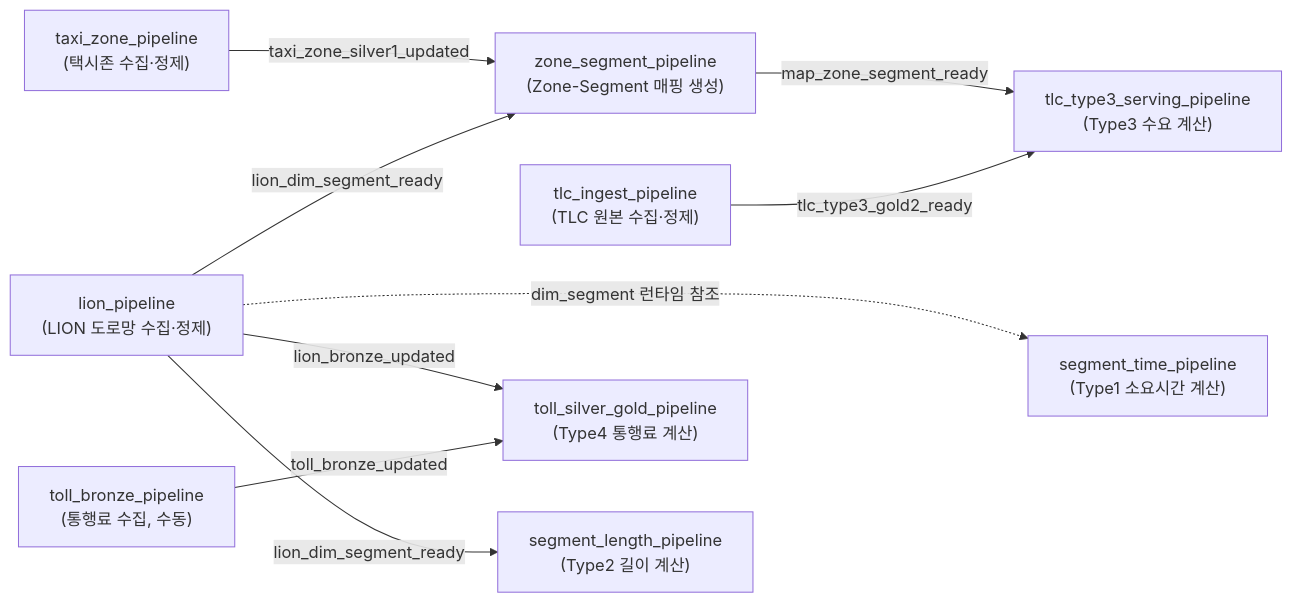
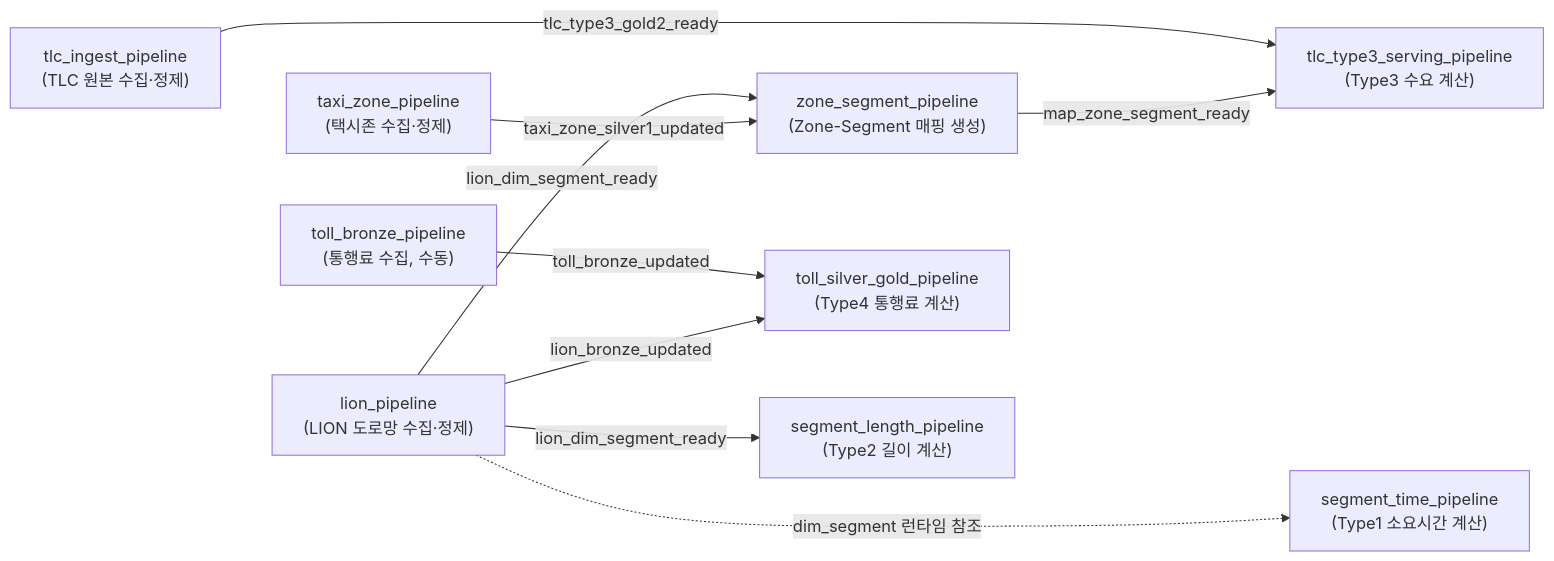
Before and after one commit to everyday6/api_project: the diagram in README.md, drawn with Mermaid.

Commit message:
docs: 보이지 않는 연결선으로 tlc_ingest_pipeline과 taxi_zone_pipeline 줄 순서 교체

````diff
--- a/README.md
+++ b/README.md
@@ -160,24 +160,25 @@
 ```mermaid
 graph LR
     zone["taxi_zone_pipeline<br/>(택시존 수집·정제)"]
     lion["lion_pipeline<br/>(LION 도로망 수집·정제)"]
     tollb["toll_bronze_pipeline<br/>(통행료 수집, 수동)"]
     tlcIngest["tlc_ingest_pipeline<br/>(TLC 원본 수집·정제)"]
 
     zs["zone_segment_pipeline<br/>(Zone-Segment 매핑 생성)"]
     t2["segment_length_pipeline<br/>(Type2 길이 계산)"]
     t4["toll_silver_gold_pipeline<br/>(Type4 통행료 계산)"]
 
     t3["tlc_type3_serving_pipeline<br/>(Type3 수요 계산)"]
     t1["segment_time_pipeline<br/>(Type1 소요시간 계산)"]
 
+    tlcIngest ~~~ zone
     zone -->|taxi_zone_silver1_updated| zs
     lion -->|lion_dim_segment_ready| zs
     lion -->|lion_dim_segment_ready| t2
     lion -->|lion_bronze_updated| t4
     tollb -->|toll_bronze_updated| t4
     zs -->|map_zone_segment_ready| t3
     tlcIngest -->|tlc_type3_gold2_ready| t3
     lion -.->|dim_segment 런타임 참조| t1
     t2 ~~~ t1
 ```
````
